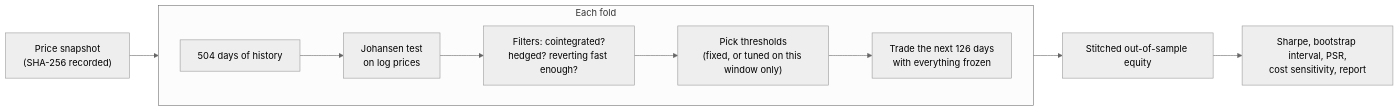
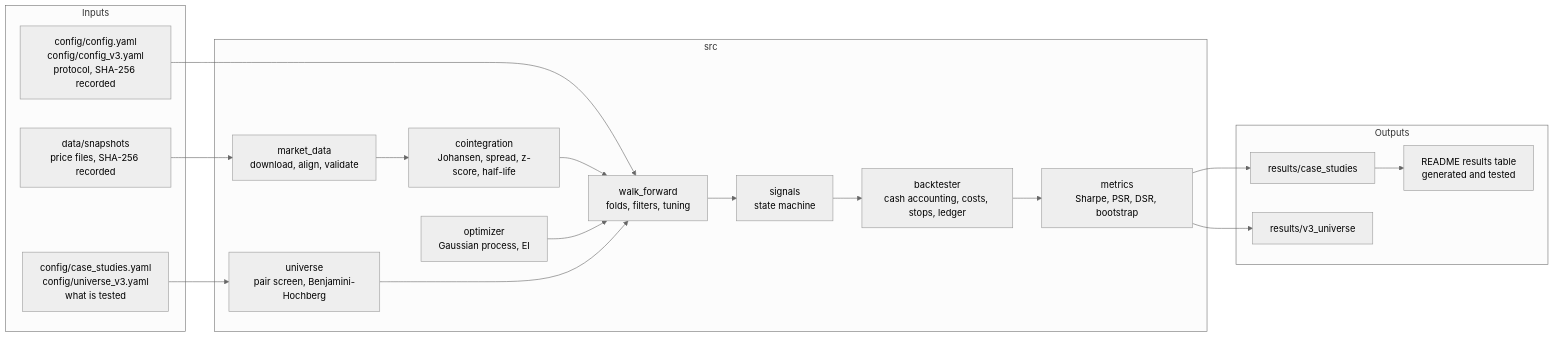
One commit to shaunak-batra/BasketTradingBO changed the second of 2 diagrams in README.md. Above: the diagram before and after it, drawn with Mermaid (neutral theme). The commit also changed other lines of this file and 50 other files, not shown here.

````diff
--- a/README.md
+++ b/README.md
@@ -128,13 +228,31 @@
 ```mermaid
 flowchart LR
-    D["Price snapshot<br/>(SHA-256 recorded)"] --> F
-    subgraph F["Each fold"]
-        direction LR
-        W["504 days of history"] --> J["Johansen test<br/>on log prices"]
-        J --> H["Filters: cointegrated?<br/>hedged? reverting fast enough?"]
-        H --> P["Pick thresholds<br/>(fixed, or tuned on this window only)"]
-        P --> T["Trade the next 126 days<br/>with everything frozen"]
+    subgraph Inputs
+        P["config/config.yaml<br/>config/config_v3.yaml<br/>protocol, SHA-256 recorded"]
+        U["config/case_studies.yaml<br/>config/universe_v3.yaml<br/>what is tested"]
+        D["data/snapshots<br/>price files, SHA-256 recorded"]
     end
-    F --> E["Stitched out-of-sample equity"]
-    E --> S["Sharpe, bootstrap interval, PSR,<br/>cost sensitivity, report"]
+    subgraph Engine["src"]
+        MD["market_data<br/>download, align, validate"]
+        CO["cointegration<br/>Johansen, spread, z-score, half-life"]
+        WF["walk_forward<br/>folds, filters, tuning"]
+        OP["optimizer<br/>Gaussian process, EI"]
+        SG["signals<br/>state machine"]
+        BT["backtester<br/>cash accounting, costs, stops, ledger"]
+        ME["metrics<br/>Sharpe, PSR, DSR, bootstrap"]
+        UN["universe<br/>pair screen, Benjamini-Hochberg"]
+    end
+    subgraph Outputs
+        R1["results/case_studies"]
+        R2["results/v3_universe"]
+        RD["README results table<br/>generated and tested"]
+    end
+    P --> WF
+    U --> UN
+    D --> MD --> CO --> WF
+    OP --> WF
+    WF --> SG --> BT --> ME
+    ME --> R1 --> RD
+    UN --> WF
+    ME --> R2
 ```
````
